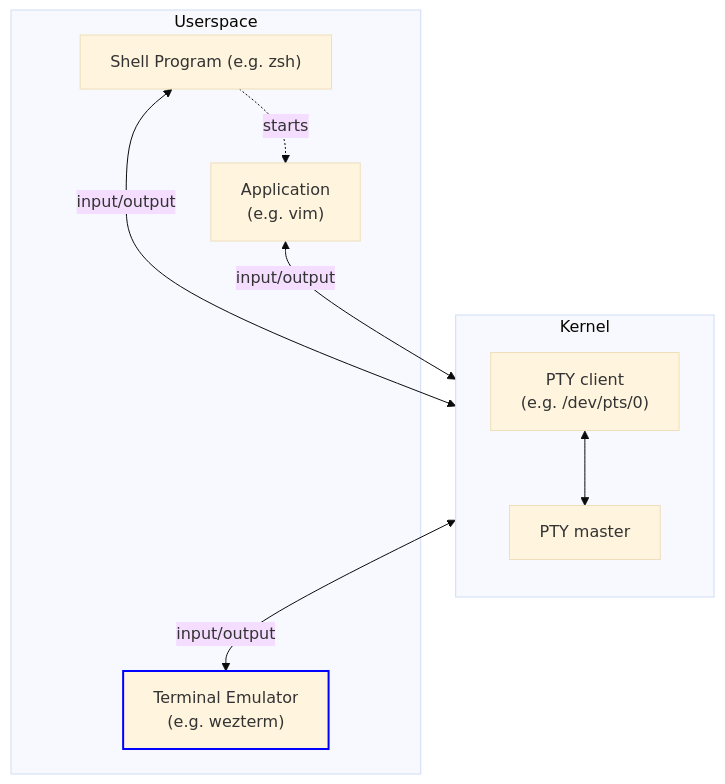
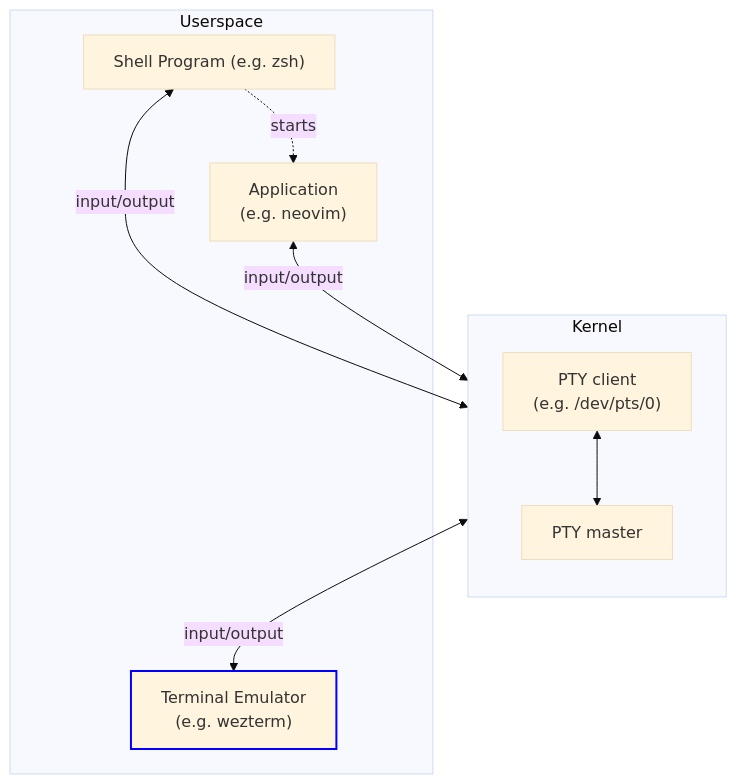
Before and after one commit to wezterm/wezterm: the third of 3 diagrams in docs/what-is-a-terminal.md, drawn with Mermaid (base theme). The commit also changed other lines of this file, not shown here.

Commit message:
Tweak rendering with <br>

````diff
--- a/docs/what-is-a-terminal.md
+++ b/docs/what-is-a-terminal.md
@@ -232,27 +224,20 @@
 ```mermaid
-flowchart 
+flowchart
     subgraph Kernel
         direction TB
-        PTYC["
-            PTY client
-            (e.g. /dev/pts/0)
-        "] 
+        PTYC["PTY client<br>(e.g. /dev/pts/0)"]
         PTYM[PTY master]
         PTYC <--> PTYM
     end
-    
+
     subgraph Userspace
-    SHELL["Shell Program (e.g. zsh)"] <-- input/output --> PTYC
-    SHELL -. "starts" .-> APP
-    APP["
-        Application
-        (e.g. vim)
-    "] <-- input/output --> PTYC
-    PTYM  <-- input/output -->  TE
-    TE["
-        Terminal Emulator
-        (e.g. wezterm)
-    "]:::wezterm
+        SHELL["Shell Program (e.g. zsh)"] <-- input/output --> PTYC
+        SHELL -. "starts" .-> APP
+        APP["Application<br>(e.g. neovim)"] <-- input/output --> PTYC
+        PTYM  <-- input/output -->  TE
+        TE["Terminal Emulator<br>(e.g. wezterm)"]:::wezterm
+
+    end
+
     classDef wezterm stroke:#00F,stroke-width:2px
-    end
 ```
````
